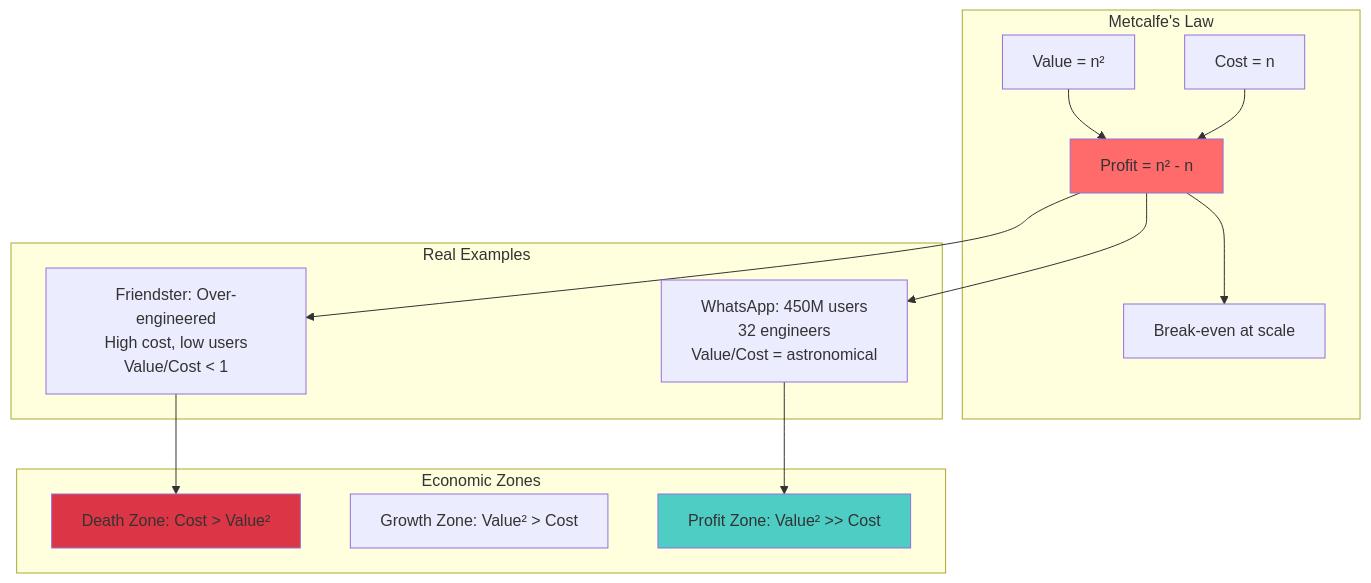
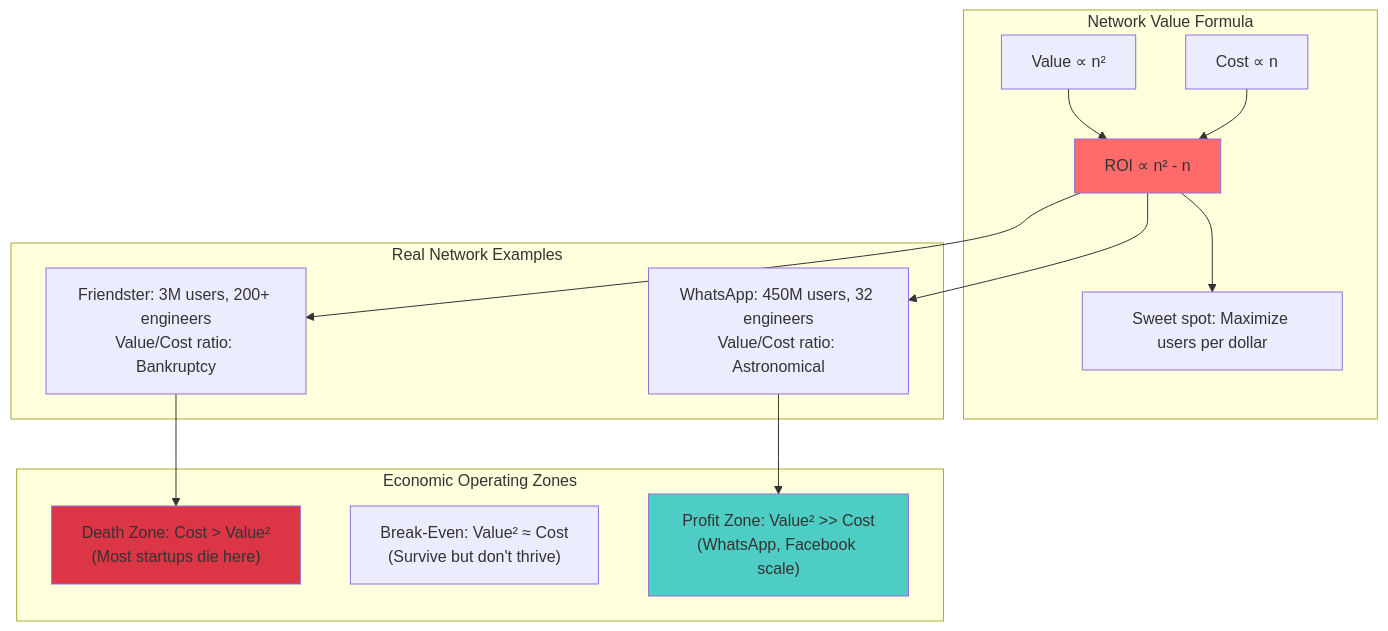
One commit to deepaucksharma/DStudio changed diagram 12 of 12 in docs/core-principles/laws/economic-reality.md. Above: the diagram before and after it, drawn with Mermaid. The commit also changed other lines of this file and 498 other files, not shown here.

First line of the commit message:
feat: comprehensive knowledge graph quality improvements

````diff
--- a/docs/core-principles/laws/economic-reality.md
+++ b/docs/core-principles/laws/economic-reality.md
@@ -606,29 +2603,29 @@
 ```mermaid
 graph TB
-    subgraph "Metcalfe's Law"
-        M1[Value = n²]
-        M2[Cost = n]
-        M3[Profit = n² - n]
-        M4[Break-even at scale]
+    subgraph "Network Value Formula"
+        M1["Value ∝ n²"]
+        M2["Cost ∝ n"]
+        M3["ROI ∝ n² - n"]
+        M4["Sweet spot: Maximize users per dollar"]
         M1 & M2 --> M3 --> M4
     end
     
-    subgraph "Real Examples"
-        E1[WhatsApp: 450M users<br/>32 engineers<br/>Value/Cost = astronomical]
-        E2[Friendster: Over-engineered<br/>High cost, low users<br/>Value/Cost < 1]
+    subgraph "Real Network Examples"
+        E1["WhatsApp: 450M users, 32 engineers<br/>Value/Cost ratio: Astronomical"]
+        E2["Friendster: 3M users, 200+ engineers<br/>Value/Cost ratio: Bankruptcy"]
     end
     
-    subgraph "Economic Zones"
-        Z1[Death Zone: Cost > Value²]
-        Z2[Growth Zone: Value² > Cost]
-        Z3[Profit Zone: Value² >> Cost]
+    subgraph "Economic Operating Zones"
+        Z1["Death Zone: Cost > Value²<br/>(Most startups die here)"]
+        Z2["Break-Even: Value² ≈ Cost<br/>(Survive but don't thrive)"]
+        Z3["Profit Zone: Value² >> Cost<br/>(WhatsApp, Facebook scale)"]
     end
     
     M3 --> E1 & E2
     E1 --> Z3
     E2 --> Z1
     
     style M3 fill:#ff6b6b
     style Z3 fill:#4ecdc4
     style Z1 fill:#dc3545
 ```
````
